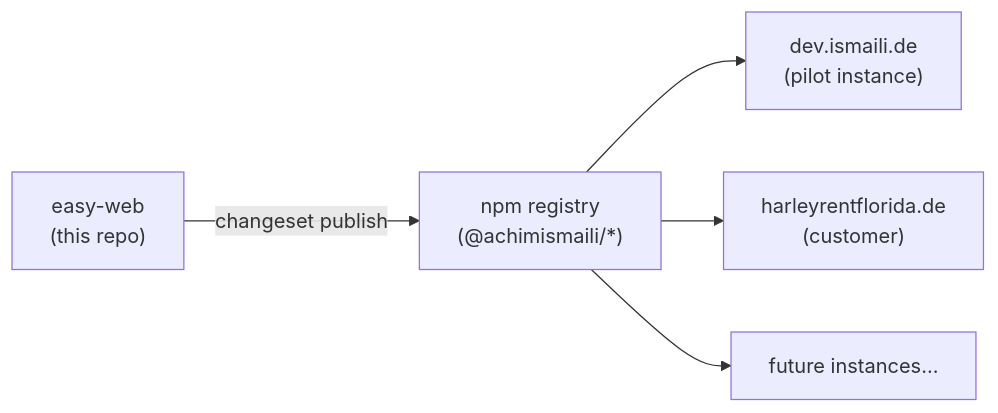
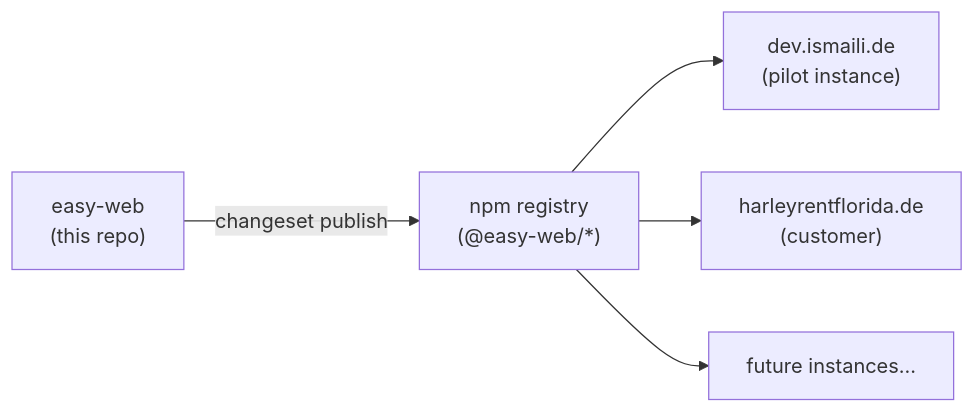
Before and after one commit to achimismaili/easy-web: the second of 2 diagrams in apps/docs/src/content/docs/architecture/index.mdx, drawn with Mermaid. The commit also changed other lines of this file and 55 other files, not shown here.

Commit message:
refactor(easy-web): update source, docs and app references to the @easy-web scope

````diff
--- a/apps/docs/src/content/docs/architecture/index.mdx
+++ b/apps/docs/src/content/docs/architecture/index.mdx
@@ -46,13 +46,13 @@
 ```mermaid
 flowchart LR
     EW["easy-web\n(this repo)"]
-    NPM["npm registry\n(@achimismaili/*)"]
+    NPM["npm registry\n(@easy-web/*)"]
     DEV["dev.ismaili.de\n(pilot instance)"]
     HARLEY["harleyrentflorida.de\n(customer)"]
     FUTURE["future instances..."]
 
     EW -->|"changeset publish"| NPM
     NPM --> DEV
     NPM --> HARLEY
     NPM --> FUTURE
 ```
````
